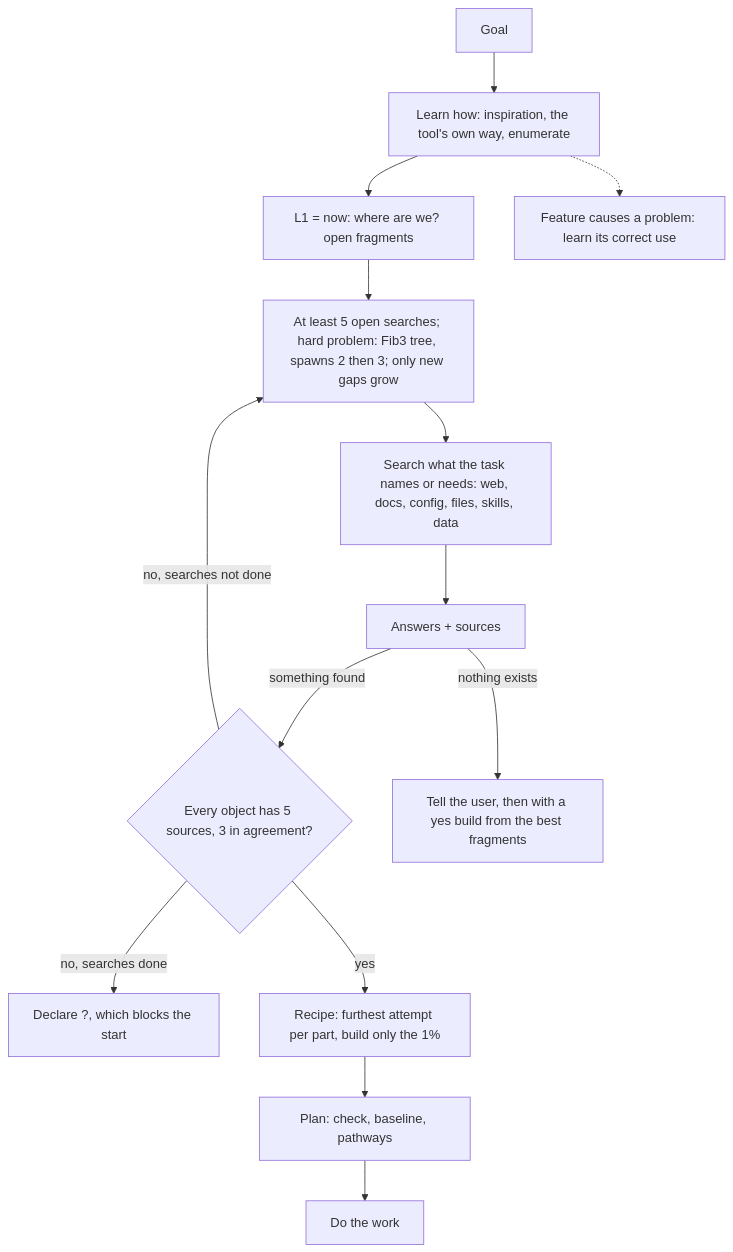
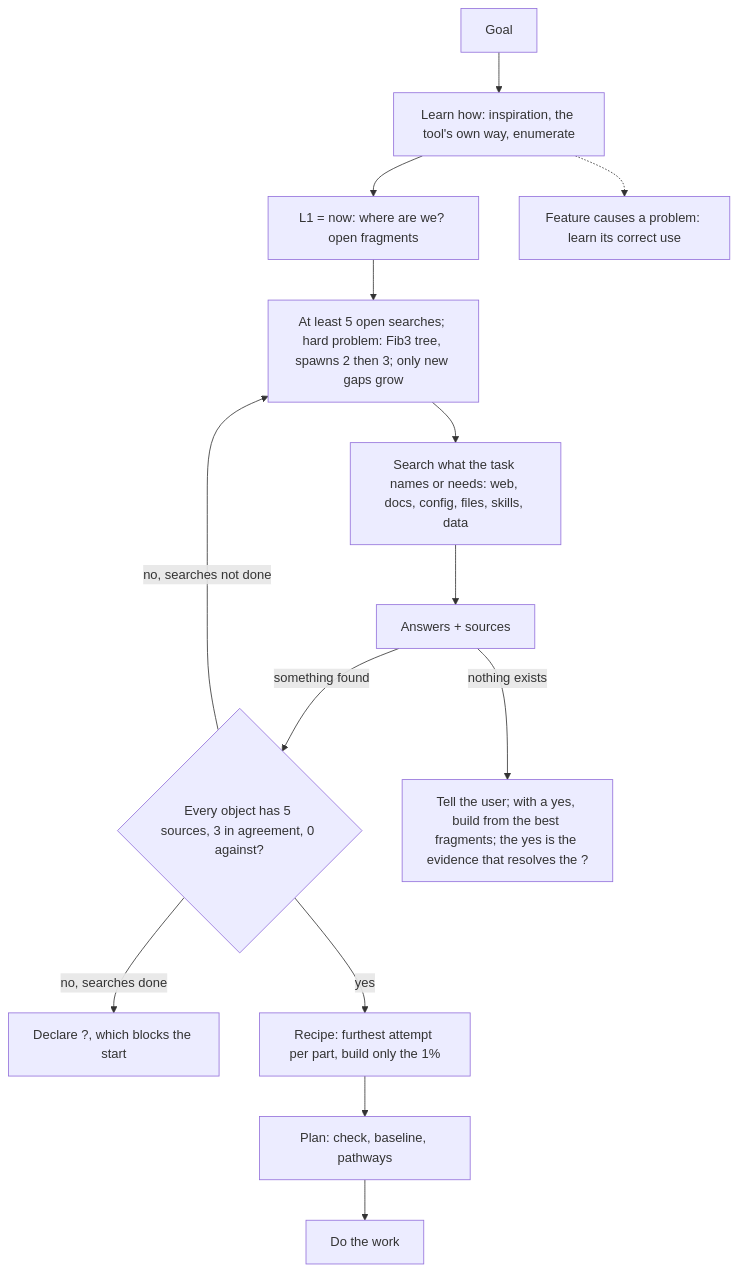
One commit to SolenixAI/arbiter changed the fourth of 14 diagrams in AGENTS.md. Above: the diagram before and after it, drawn with Mermaid. The commit also changed other lines of this file, not shown here.

````diff
--- a/AGENTS.md
+++ b/AGENTS.md
@@ -182,10 +184,10 @@
 ```mermaid
 flowchart TD
   G[Goal] --> L[Learn how: inspiration, the tool's own way, enumerate] --> F1["L1 = now: where are we? open fragments"] --> Q["At least 5 open searches; hard problem: Fib3 tree, spawns 2 then 3; only new gaps grow"] --> S[Search what the task names or needs: web, docs, config, files, skills, data]
-  S --> A[Answers + sources] -->|something found| N{Every object has 5 sources, 3 in agreement?}
+  S --> A[Answers + sources] -->|something found| N{Every object has 5 sources, 3 in agreement, 0 against?}
   N -->|no, searches not done| Q
   N -->|no, searches done| X3["Declare ?, which blocks the start"]
   N -->|yes| R[Recipe: furthest attempt per part, build only the 1%] --> P[Plan: check, baseline, pathways] --> B[Do the work]
-  A -->|nothing exists| U[Tell the user, then with a yes build from the best fragments]
+  A -->|nothing exists| U["Tell the user; with a yes, build from the best fragments; the yes is the evidence that resolves the ?"]
   L -.-> NB[Feature causes a problem: learn its correct use]
 ```
````
